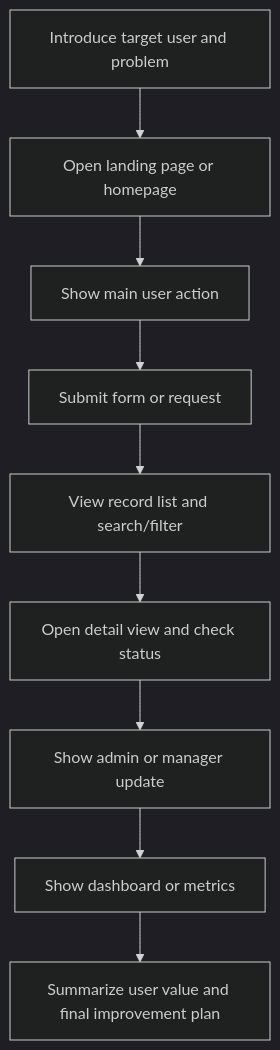
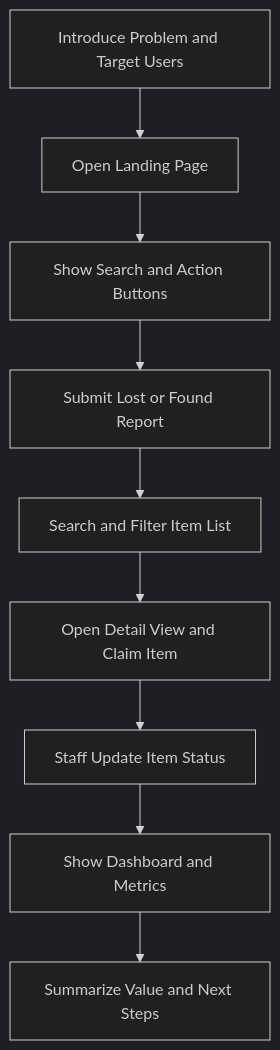
Before and after one commit to ai10011/ICT105-Lemon-MVP: the diagram in diagrams/demo-flow.mmd, drawn with Mermaid (dark theme). The commit also changed other lines of this file and 16 other files, not shown here.

```diff
--- a/diagrams/demo-flow.mmd
+++ b/diagrams/demo-flow.mmd
@@ -1,9 +1,9 @@
 flowchart TD
-    A[Introduce target user and problem] --> B[Open landing page or homepage]
-    B --> C[Show main user action]
-    C --> D[Submit form or request]
-    D --> E[View record list and search/filter]
-    E --> F[Open detail view and check status]
-    F --> G[Show admin or manager update]
-    G --> H[Show dashboard or metrics]
-    H --> I[Summarize user value and final improvement plan]
+    A["Introduce Problem and Target Users"] --> B["Open Landing Page"]
+    B --> C["Show Search and Action Buttons"]
+    C --> D["Submit Lost or Found Report"]
+    D --> E["Search and Filter Item List"]
+    E --> F["Open Detail View and Claim Item"]
+    F --> G["Staff Update Item Status"]
+    G --> H["Show Dashboard and Metrics"]
+    H --> I["Summarize Value and Next Steps"]
```
